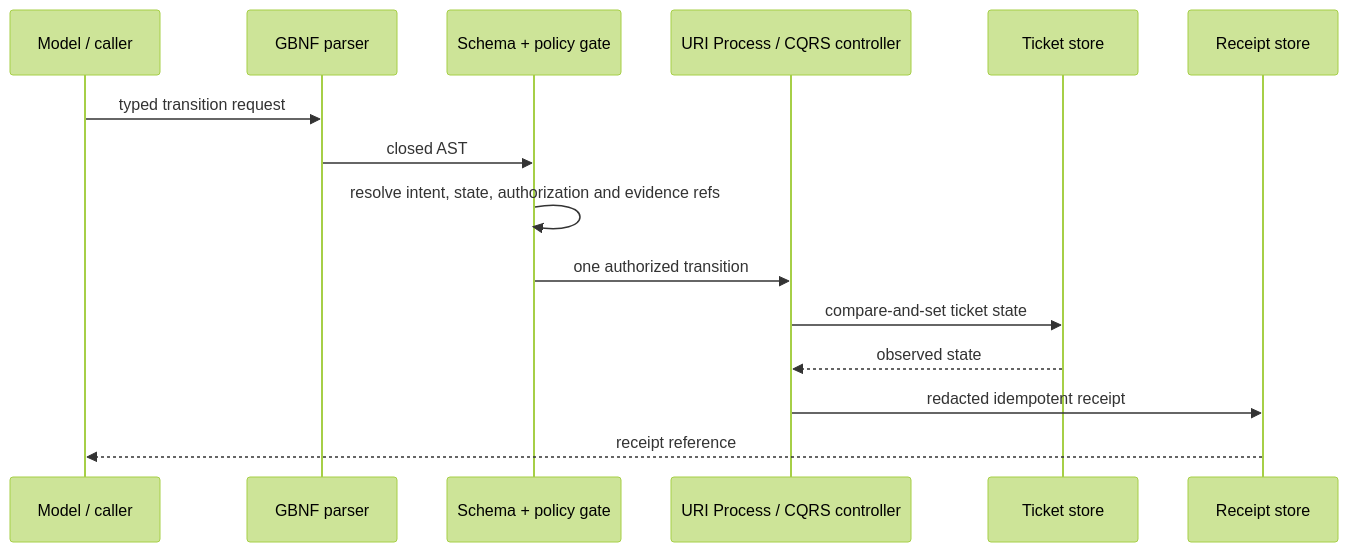
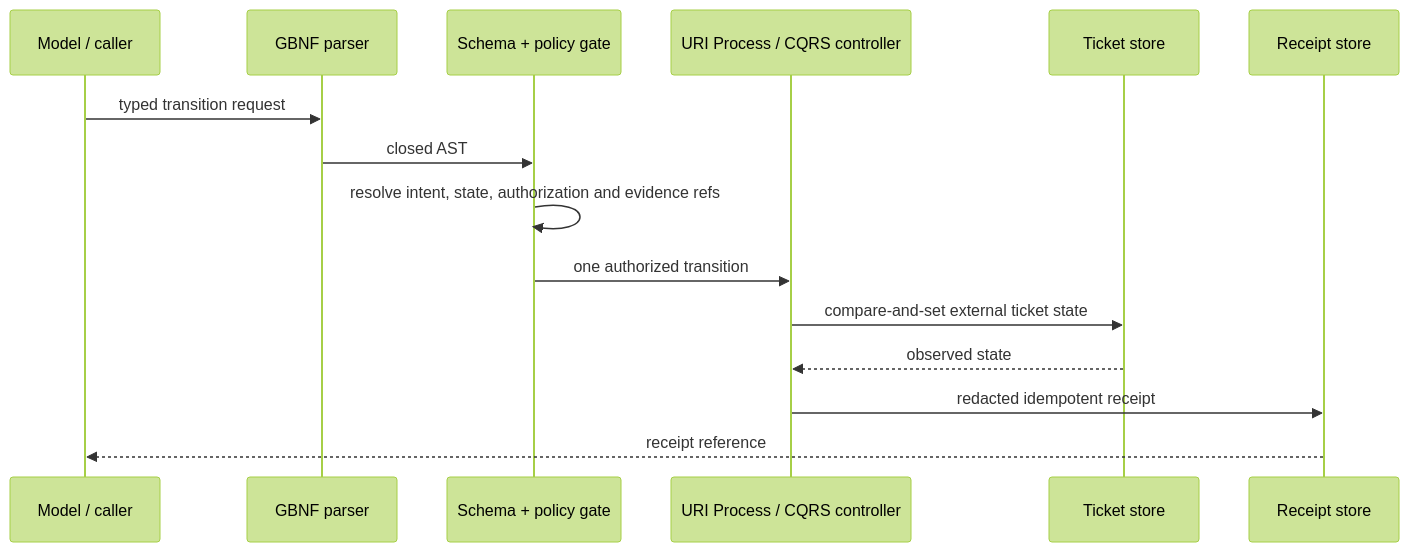
Before and after one commit to wellmanifest/ticket-lifecycle: the diagram in docs/LOGIC_FLOW.md, drawn with Mermaid (forest theme). The commit also changed other lines of this file and 10 other files, not shown here.

````diff
--- a/docs/LOGIC_FLOW.md
+++ b/docs/LOGIC_FLOW.md
@@ -3,17 +3,17 @@
 ```mermaid
 sequenceDiagram
     participant M as Model / caller
     participant P as GBNF parser
     participant V as Schema + policy gate
     participant C as URI Process / CQRS controller
     participant T as Ticket store
     participant R as Receipt store
     M->>P: typed transition request
     P->>V: closed AST
     V->>V: resolve intent, state, authorization and evidence refs
     V->>C: one authorized transition
-    C->>T: compare-and-set ticket state
+    C->>T: compare-and-set external ticket state
     T-->>C: observed state
     C->>R: redacted idempotent receipt
     R-->>M: receipt reference
 ```
````
